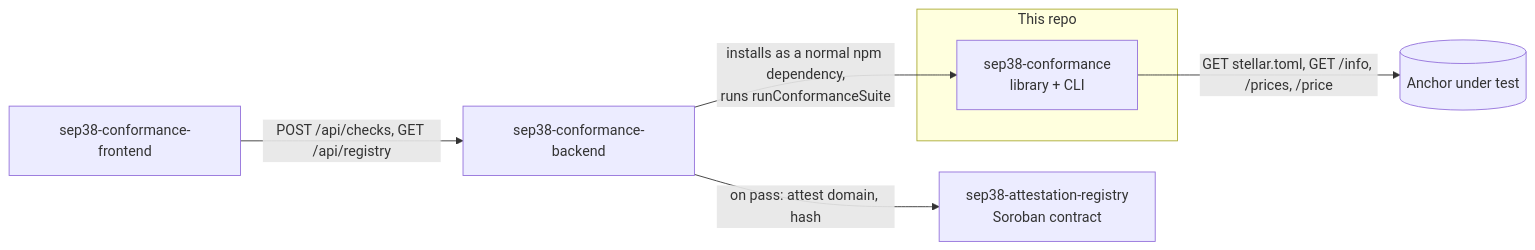
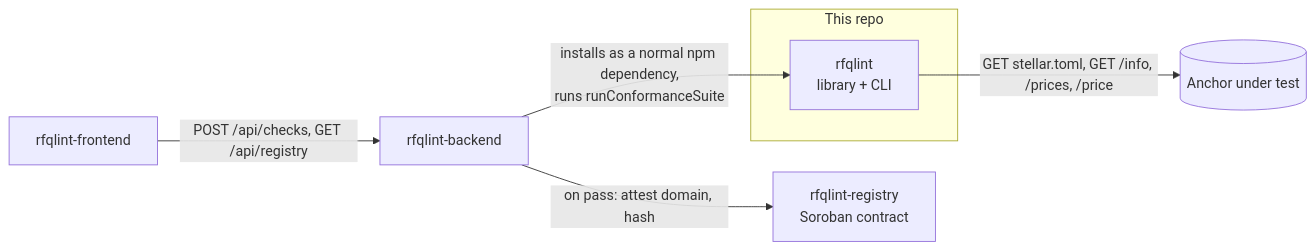
Before and after one commit to RFQLint/rfqlint: the first of 4 diagrams in README.md, drawn with Mermaid. The commit also changed other lines of this file and 3 other files, not shown here.

First line of the commit message:
Rename project from sep38-conformance to rfqlint

````diff
--- a/README.md
+++ b/README.md
@@ -19,15 +19,15 @@
 ```mermaid
 flowchart LR
     subgraph This repo
-        Lib[sep38-conformance<br/>library + CLI]
+        Lib[rfqlint<br/>library + CLI]
     end
     Anchor[(Anchor under test)]
-    BE[sep38-conformance-backend]
-    Contract[sep38-attestation-registry<br/>Soroban contract]
-    FE[sep38-conformance-frontend]
+    BE[rfqlint-backend]
+    Contract[rfqlint-registry<br/>Soroban contract]
+    FE[rfqlint-frontend]
 
     Lib -->|GET stellar.toml, GET /info, /prices, /price| Anchor
     BE -->|installs as a normal npm dependency,<br/>runs runConformanceSuite| Lib
     BE -->|on pass: attest domain, hash| Contract
     FE -->|POST /api/checks, GET /api/registry| BE
 ```
````
